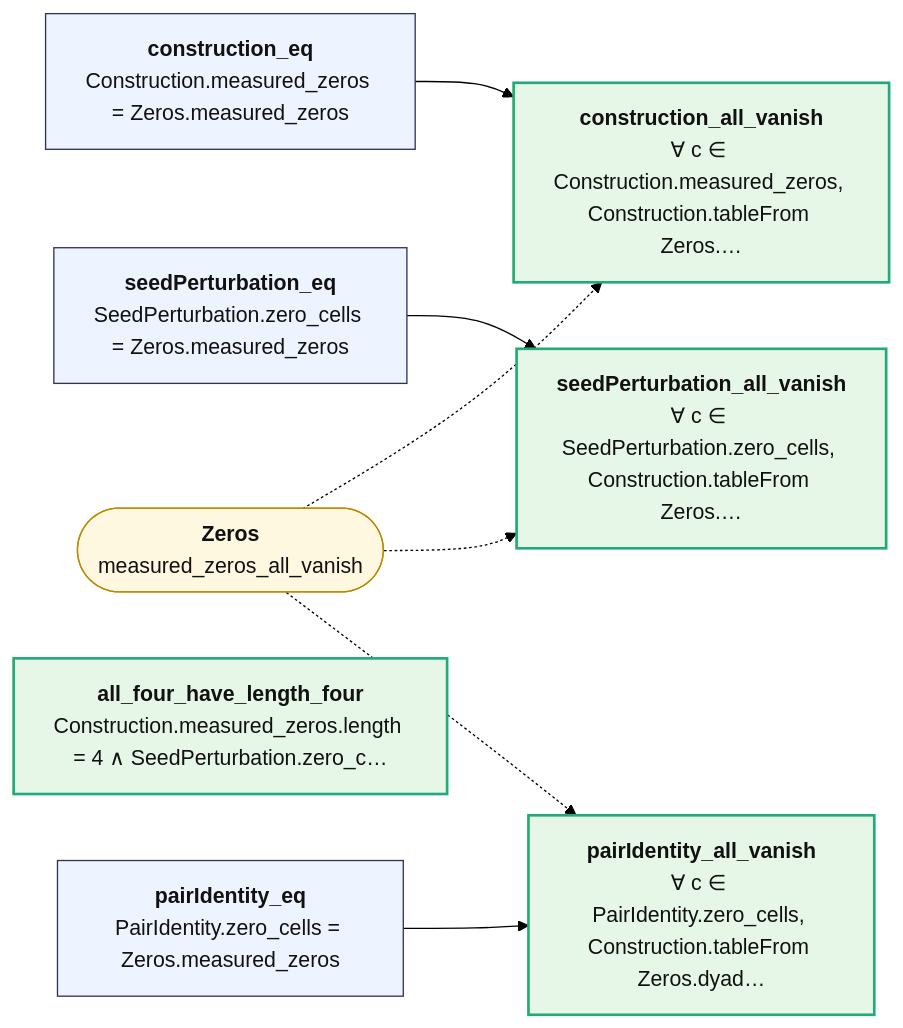
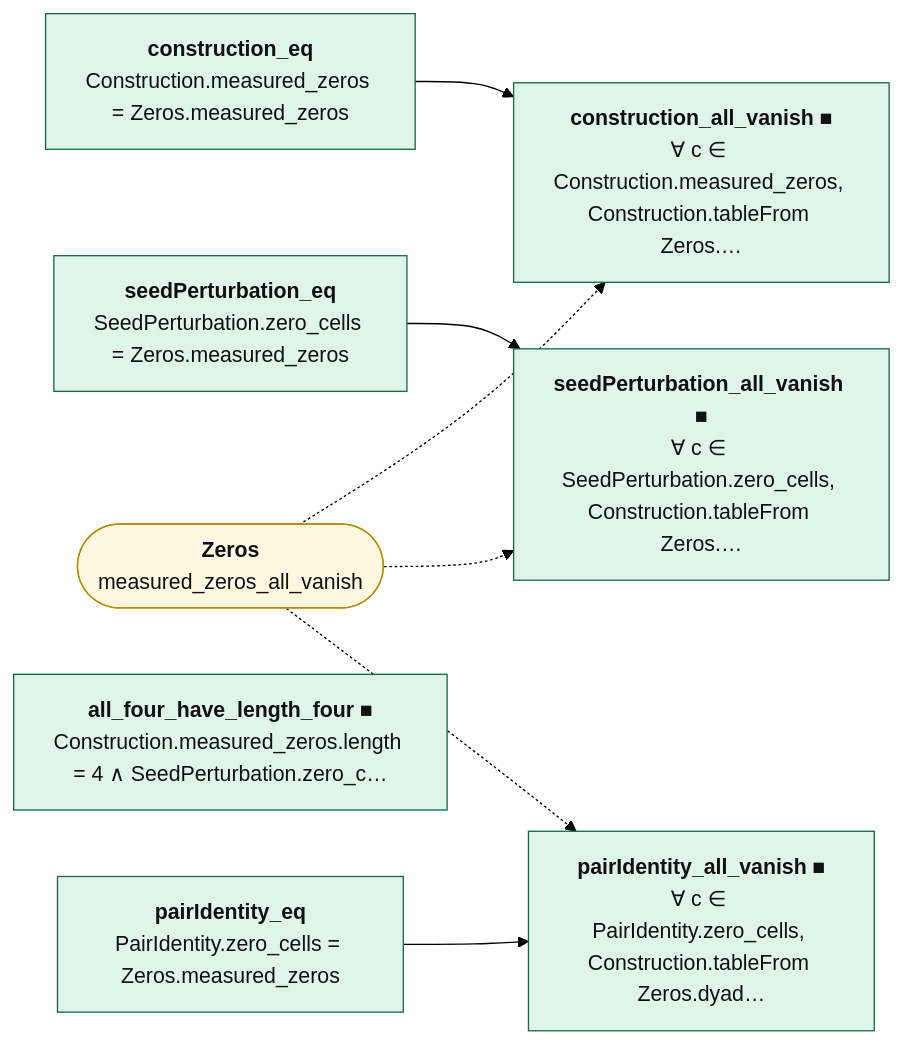
Before and after one commit to juliansambranojr/Primebeat_081426: the diagram in map/lean/ZeroCells.md, drawn with Mermaid (forest theme). The commit also changed other lines of this file and 398 other files, not shown here.

````diff
--- a/map/lean/ZeroCells.md
+++ b/map/lean/ZeroCells.md
@@ -12,22 +12,25 @@
 ```mermaid
 flowchart LR
-  n0["<b>construction_eq</b><br/>Construction.measured_zeros = Zeros.measured_zeros"]:::thm
-  n1["<b>seedPerturbation_eq</b><br/>SeedPerturbation.zero_cells = Zeros.measured_zeros"]:::thm
-  n2["<b>pairIdentity_eq</b><br/>PairIdentity.zero_cells = Zeros.measured_zeros"]:::thm
-  n3["<b>construction_all_vanish</b><br/>∀ c ∈ Construction.measured_zeros, Construction.tableFrom Zeros.…"]:::end_
-  n4["<b>seedPerturbation_all_vanish</b><br/>∀ c ∈ SeedPerturbation.zero_cells, Construction.tableFrom Zeros.…"]:::end_
-  n5["<b>pairIdentity_all_vanish</b><br/>∀ c ∈ PairIdentity.zero_cells, Construction.tableFrom Zeros.dyad…"]:::end_
-  n6["<b>all_four_have_length_four</b><br/>Construction.measured_zeros.length = 4 ∧ SeedPerturbation.zero_c…"]:::end_
+  n0["<b>construction_eq</b><br/>Construction.measured_zeros = Zeros.measured_zeros"]:::cnt
+  n1["<b>seedPerturbation_eq</b><br/>SeedPerturbation.zero_cells = Zeros.measured_zeros"]:::cnt
+  n2["<b>pairIdentity_eq</b><br/>PairIdentity.zero_cells = Zeros.measured_zeros"]:::cnt
+  n3["<b>construction_all_vanish ■</b><br/>∀ c ∈ Construction.measured_zeros, Construction.tableFrom Zeros.…"]:::cnt
+  n4["<b>seedPerturbation_all_vanish ■</b><br/>∀ c ∈ SeedPerturbation.zero_cells, Construction.tableFrom Zeros.…"]:::cnt
+  n5["<b>pairIdentity_all_vanish ■</b><br/>∀ c ∈ PairIdentity.zero_cells, Construction.tableFrom Zeros.dyad…"]:::cnt
+  n6["<b>all_four_have_length_four ■</b><br/>Construction.measured_zeros.length = 4 ∧ SeedPerturbation.zero_c…"]:::cnt
   x0(["<b>Zeros</b><br/>measured_zeros_all_vanish"]):::ext
   n0 --> n3
   n1 --> n4
   n2 --> n5
   x0 -.-> n3
   x0 -.-> n4
   x0 -.-> n5
+  classDef cnt fill:#dff5ec,stroke:#17694a,color:#111
+  classDef shp fill:#f1ecfb,stroke:#5b3fa0,color:#111
+  classDef rh fill:#ffe5e5,stroke:#c22,color:#111,stroke-width:2px
   classDef thm fill:#eef4ff,stroke:#335,color:#111
   classDef end_ fill:#e7f7e7,stroke:#2a7,color:#111,stroke-width:2px
   classDef lone fill:#fff,stroke:#999,color:#111,stroke-dasharray:4 3
   classDef bad fill:#ffe5e5,stroke:#c22,color:#111,stroke-width:2px
   classDef ext fill:#fff8e1,stroke:#b80,color:#111
 ```
````
